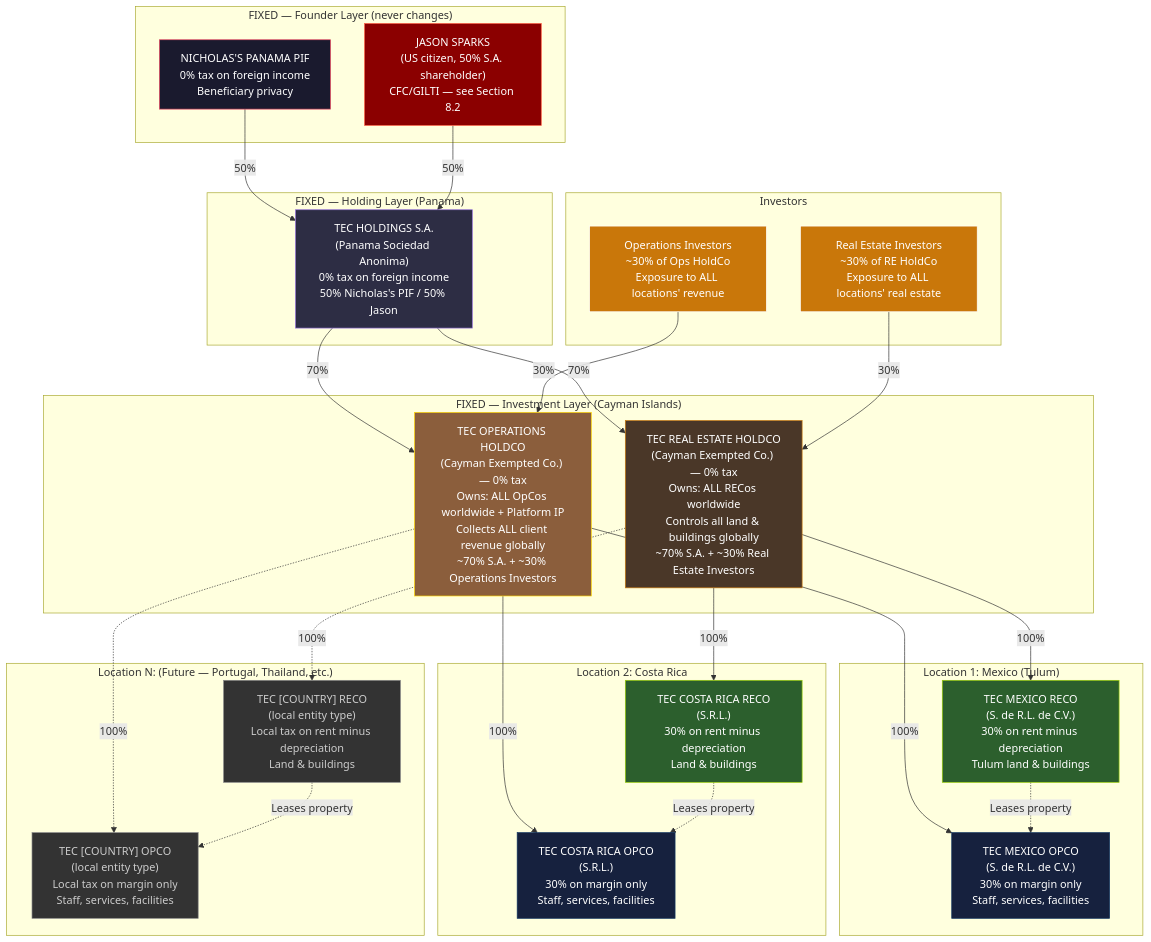
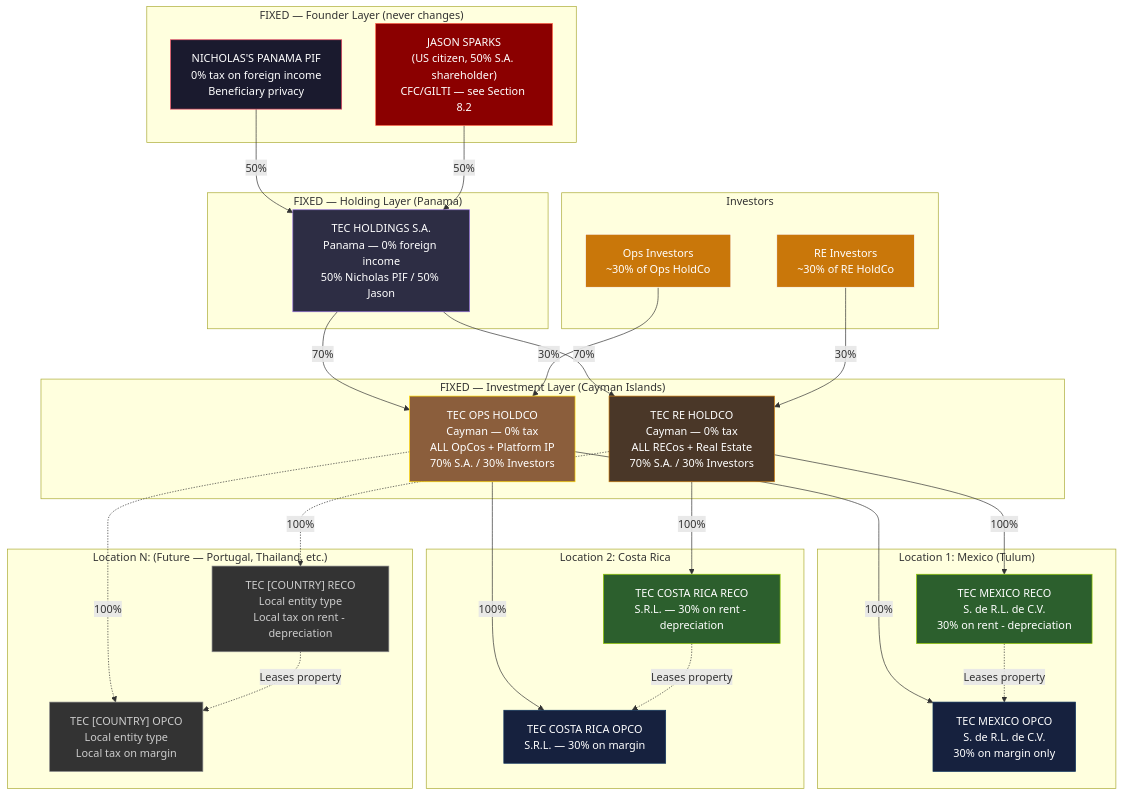
One commit to Light-Brands/epic-center changed the first of 5 diagrams in docs/tax-structure/te/TEC-STANDALONE-STRUCTURE.md. Above: the diagram before and after it, drawn with Mermaid. The commit also changed other lines of this file and 1 other file, not shown here.

Commit message:
Trim mermaid diagram text to fit within node boundaries
All diagrams in Doc 13 (LB) and TEC standalone now use 2-4 lines
per node at ~35 chars/line. Trimmed architecture, timeline, asset
protection, IP ownership, team structure, tax efficiency, and data
governance diagrams.

````diff
--- a/docs/tax-structure/te/TEC-STANDALONE-STRUCTURE.md
+++ b/docs/tax-structure/te/TEC-STANDALONE-STRUCTURE.md
@@ -57,69 +57,69 @@
 ```mermaid
 graph TB
     subgraph "FIXED — Founder Layer (never changes)"
         PIF["NICHOLAS'S PANAMA PIF<br/>0% tax on foreign income<br/>Beneficiary privacy"]
         JASON["JASON SPARKS<br/>(US citizen, 50% S.A. shareholder)<br/>CFC/GILTI — see Section 8.2"]
     end
 
     subgraph "FIXED — Holding Layer (Panama)"
-        SA["TEC HOLDINGS S.A.<br/>(Panama Sociedad Anonima)<br/>0% tax on foreign income<br/>50% Nicholas's PIF / 50% Jason"]
+        SA["TEC HOLDINGS S.A.<br/>Panama — 0% foreign income<br/>50% Nicholas PIF / 50% Jason"]
     end
 
     subgraph "FIXED — Investment Layer (Cayman Islands)"
-        OPS_HQ["TEC OPERATIONS HOLDCO<br/>(Cayman Exempted Co.) — 0% tax<br/>Owns: ALL OpCos worldwide + Platform IP<br/>Collects ALL client revenue globally<br/>~70% S.A. + ~30% Operations Investors"]
+        OPS_HQ["TEC OPS HOLDCO<br/>Cayman — 0% tax<br/>ALL OpCos + Platform IP<br/>70% S.A. / 30% Investors"]
 
-        RE_HQ["TEC REAL ESTATE HOLDCO<br/>(Cayman Exempted Co.) — 0% tax<br/>Owns: ALL RECos worldwide<br/>Controls all land & buildings globally<br/>~70% S.A. + ~30% Real Estate Investors"]
+        RE_HQ["TEC RE HOLDCO<br/>Cayman — 0% tax<br/>ALL RECos + Real Estate<br/>70% S.A. / 30% Investors"]
     end
 
     subgraph "Location 1: Mexico (Tulum)"
-        MX_OPS["TEC MEXICO OPCO<br/>(S. de R.L. de C.V.)<br/>30% on margin only<br/>Staff, services, facilities"]
-        MX_RE["TEC MEXICO RECO<br/>(S. de R.L. de C.V.)<br/>30% on rent minus depreciation<br/>Tulum land & buildings"]
+        MX_OPS["TEC MEXICO OPCO<br/>S. de R.L. de C.V.<br/>30% on margin only"]
+        MX_RE["TEC MEXICO RECO<br/>S. de R.L. de C.V.<br/>30% on rent - depreciation"]
     end
 
     subgraph "Location 2: Costa Rica"
-        CR_OPS["TEC COSTA RICA OPCO<br/>(S.R.L.)<br/>30% on margin only<br/>Staff, services, facilities"]
-        CR_RE["TEC COSTA RICA RECO<br/>(S.R.L.)<br/>30% on rent minus depreciation<br/>Land & buildings"]
+        CR_OPS["TEC COSTA RICA OPCO<br/>S.R.L. — 30% on margin"]
+        CR_RE["TEC COSTA RICA RECO<br/>S.R.L. — 30% on rent - depreciation"]
     end
 
     subgraph "Location N: (Future — Portugal, Thailand, etc.)"
-        N_OPS["TEC [COUNTRY] OPCO<br/>(local entity type)<br/>Local tax on margin only<br/>Staff, services, facilities"]
-        N_RE["TEC [COUNTRY] RECO<br/>(local entity type)<br/>Local tax on rent minus depreciation<br/>Land & buildings"]
+        N_OPS["TEC [COUNTRY] OPCO<br/>Local entity type<br/>Local tax on margin"]
+        N_RE["TEC [COUNTRY] RECO<br/>Local entity type<br/>Local tax on rent - depreciation"]
     end
 
     subgraph "Investors"
-        OPS_INV["Operations Investors<br/>~30% of Ops HoldCo<br/>Exposure to ALL locations' revenue"]
-        RE_INV["Real Estate Investors<br/>~30% of RE HoldCo<br/>Exposure to ALL locations' real estate"]
+        OPS_INV["Ops Investors<br/>~30% of Ops HoldCo"]
+        RE_INV["RE Investors<br/>~30% of RE HoldCo"]
     end
 
     PIF -->|"50%"| SA
     JASON -->|"50%"| SA
     SA -->|"70%"| OPS_HQ
     SA -->|"70%"| RE_HQ
     OPS_INV -->|"30%"| OPS_HQ
     RE_INV -->|"30%"| RE_HQ
 
     OPS_HQ -->|"100%"| MX_OPS
     OPS_HQ -->|"100%"| CR_OPS
     OPS_HQ -.->|"100%"| N_OPS
     RE_HQ -->|"100%"| MX_RE
     RE_HQ -->|"100%"| CR_RE
     RE_HQ -.->|"100%"| N_RE
 
     MX_RE -.->|"Leases property"| MX_OPS
     CR_RE -.->|"Leases property"| CR_OPS
     N_RE -.->|"Leases property"| N_OPS
 
     style PIF fill:#1a1a2e,stroke:#e94560,color:#fff
     style JASON fill:#8b0000,stroke:#ff6347,color:#fff
     style SA fill:#2d2d44,stroke:#9370db,color:#fff
     style OPS_HQ fill:#8b5e3c,stroke:#ffd700,color:#fff
     style RE_HQ fill:#4a3728,stroke:#c9770a,color:#fff
     style MX_OPS fill:#16213e,stroke:#0f3460,color:#fff
     style MX_RE fill:#2c5f2d,stroke:#97cc04,color:#fff
     style CR_OPS fill:#16213e,stroke:#0f3460,color:#fff
     style CR_RE fill:#2c5f2d,stroke:#97cc04,color:#fff
     style N_OPS fill:#333,stroke:#888,color:#ccc
     style N_RE fill:#333,stroke:#888,color:#ccc
     style OPS_INV fill:#c9770a,stroke:#fff,color:#fff
     style RE_INV fill:#c9770a,stroke:#fff,color:#fff
 ```
````
